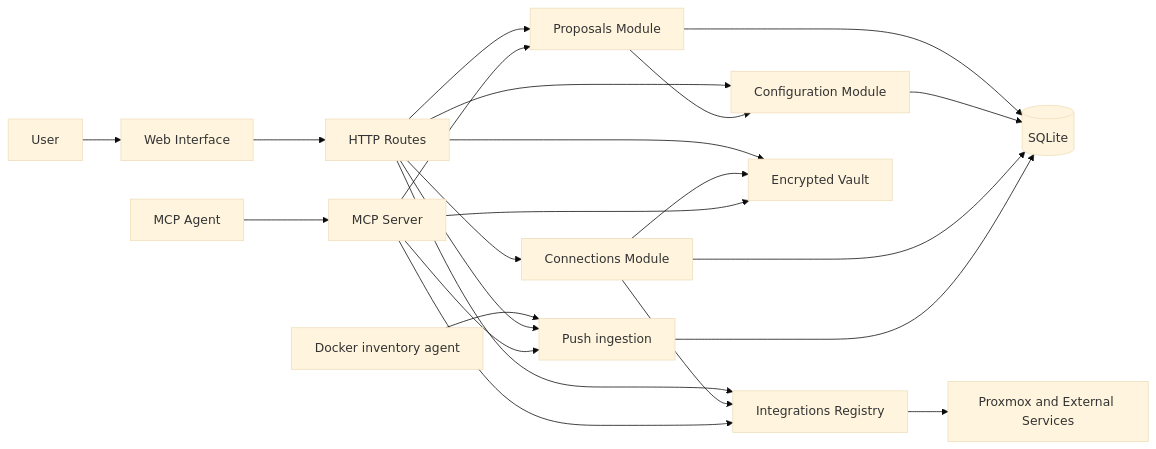
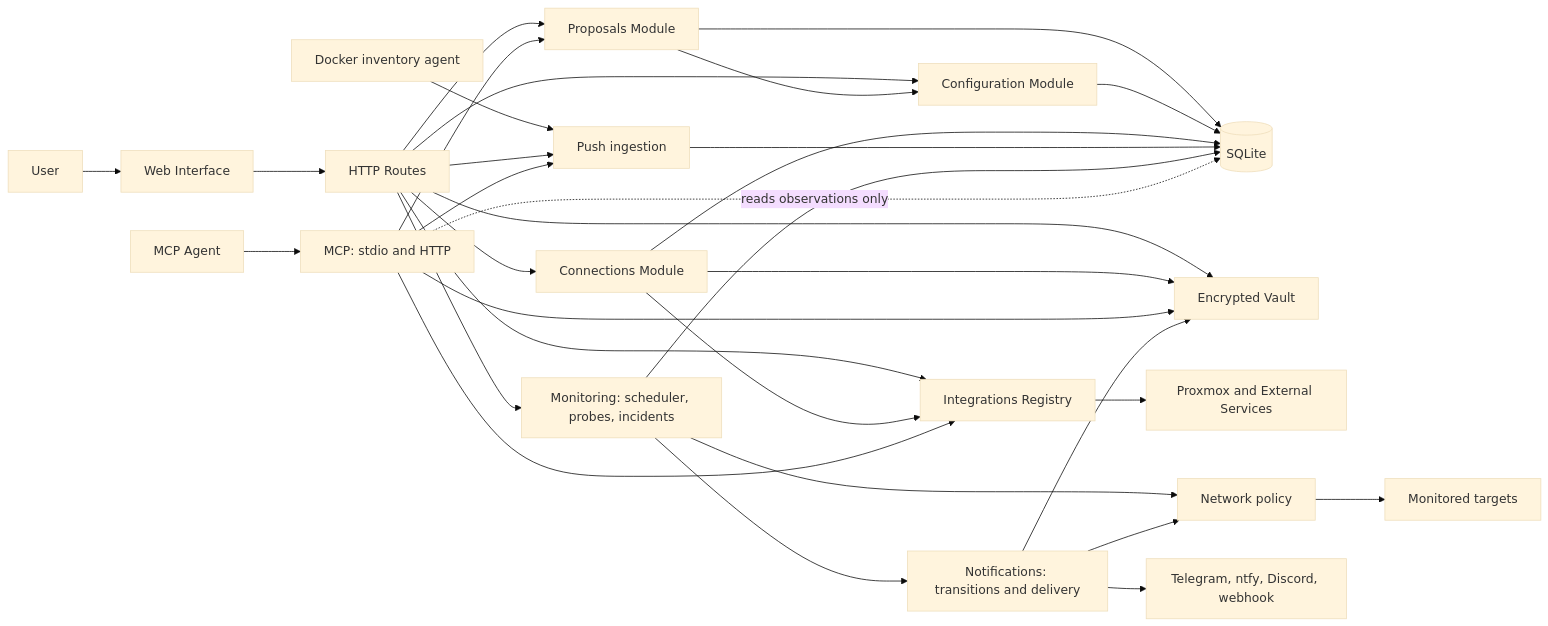
One commit to JhonatanMedeiros/homora changed the diagram in docs/architecture.md. Above: the diagram before and after it, drawn with Mermaid (base theme). The commit also changed other lines of this file and 316 other files, not shown here.

First line of the commit message:
refactor: reorganize backend folders, shared exports, frontend features and architecture docs (#212)

````diff
--- a/docs/architecture.md
+++ b/docs/architecture.md
@@ -12,25 +12,34 @@
 ```mermaid
 flowchart LR
   U[User] --> UI[Web Interface]
-  A[MCP Agent] --> MCP[MCP Server]
+  A[MCP Agent] --> MCP[MCP: stdio and HTTP]
   UI --> HTTP[HTTP Routes]
   HTTP --> SC[Configuration Module]
   HTTP --> PS
   MCP --> PS[Proposals Module]
   PS --> SC
   PS --> DB
   SC --> DB[(SQLite)]
   HTTP --> IC[Connections Module]
   HTTP --> REG
   HTTP --> VAULT
   IC --> DB
   IC --> VAULT[Encrypted Vault]
   IC --> REG[Integrations Registry]
   MCP --> REG
   MCP --> VAULT
   DA[Docker inventory agent] --> PUSH[Push ingestion]
   PUSH --> DB
   HTTP --> PUSH
   MCP --> PUSH
   REG --> EXT[Proxmox and External Services]
+  MON[Monitoring: scheduler, probes, incidents] --> NP[Network policy]
+  NP --> TARGETS[Monitored targets]
+  MON --> DB
+  MON --> NOTI[Notifications: transitions and delivery]
+  NOTI --> VAULT
+  NOTI --> NP
+  NOTI --> OUT[Telegram, ntfy, Discord, webhook]
+  HTTP --> MON
+  MCP -. reads observations only .-> DB
 ```
````
